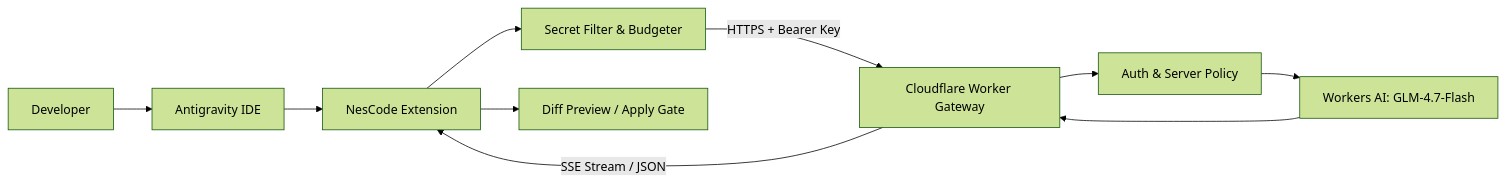
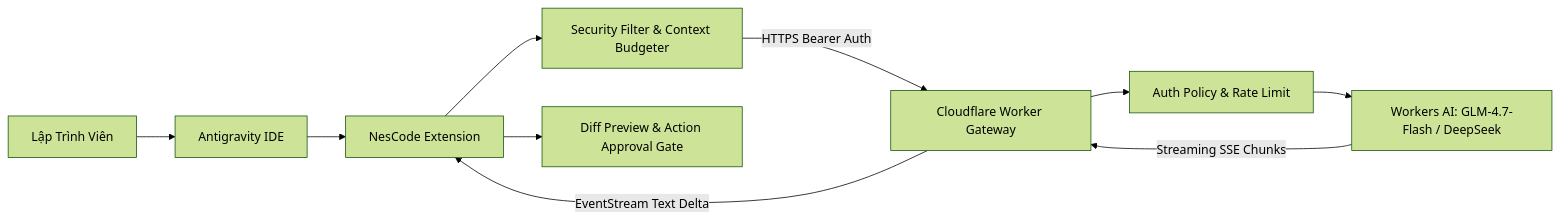
One commit to Neshaki091/Cloudflare_Free_llm_extension changed the diagram in README.md. Above: the diagram before and after it, drawn with Mermaid (forest theme). The commit also changed other lines of this file and 19 other files, not shown here.

````diff
--- a/README.md
+++ b/README.md
@@ -33,12 +55,12 @@
 ```mermaid
 flowchart LR
-    Dev[Developer] --> IDE[Antigravity IDE]
+    Dev[Lập Trình Viên] --> IDE[Antigravity IDE]
     IDE --> Ext[NesCode Extension]
-    Ext --> Filter[Secret Filter & Budgeter]
-    Filter -->|HTTPS + Bearer Key| Worker[Cloudflare Worker Gateway]
-    Worker --> Auth[Auth & Server Policy]
-    Auth --> WAI[Workers AI: GLM-4.7-Flash]
-    WAI --> Worker
-    Worker -->|SSE Stream / JSON| Ext
-    Ext --> Diff[Diff Preview / Apply Gate]
+    Ext --> Filter[Security Filter & Context Budgeter]
+    Filter -->|HTTPS Bearer Auth| Worker[Cloudflare Worker Gateway]
+    Worker --> Policy[Auth Policy & Rate Limit]
+    Policy --> WAI[Workers AI: GLM-4.7-Flash / DeepSeek]
+    WAI -->|Streaming SSE Chunks| Worker
+    Worker -->|EventStream Text Delta| Ext
+    Ext --> Diff[Diff Preview & Action Approval Gate]
 ```
````
